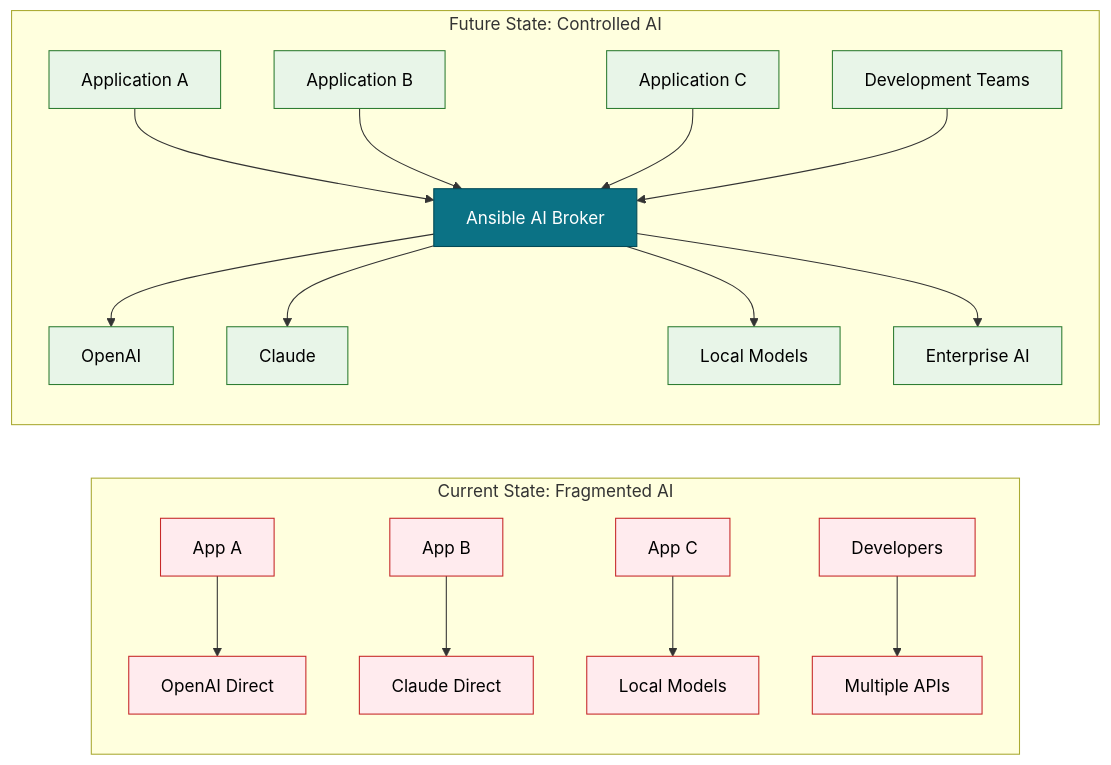
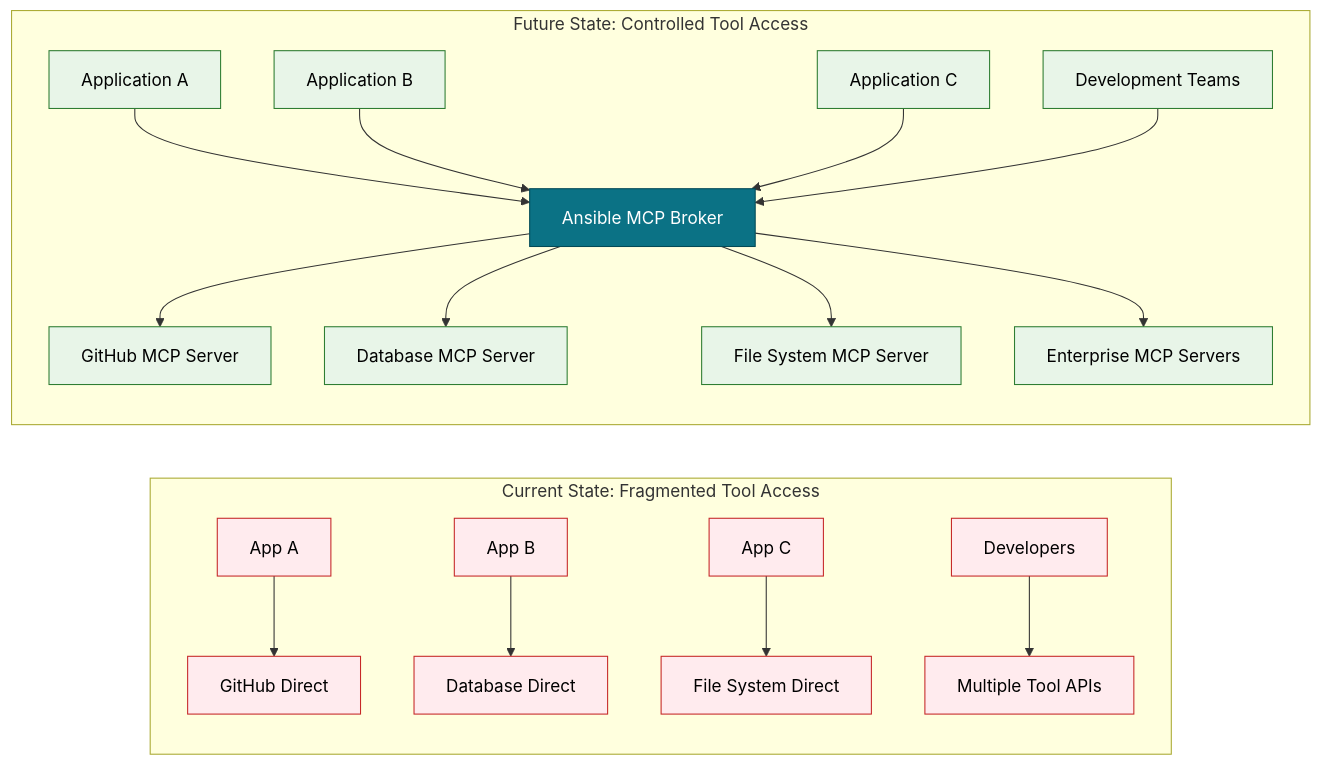
Before and after one commit to robbybrodie/AAPasAI: the second of 5 diagrams in AAP-AI-Strategy.md, drawn with Mermaid. The commit also changed other lines of this file, not shown here.

Commit message:
Align AAP-AI-Strategy.md with corrected MCP server concept
- Updated Strategic Capability #1 to focus on MCP Server Brokerage instead of AI Model Brokerage
- Changed diagram to show tool access (GitHub, Database, File System) instead of AI model access
- Fixed strategic outcomes to reflect MCP server tool usage rather than AI model usage
- Ensures consistency between readme.md and AAP-AI-Strategy.md on MCP broker positioning

````diff
--- a/AAP-AI-Strategy.md
+++ b/AAP-AI-Strategy.md
@@ -62,29 +62,29 @@
 ```mermaid
 flowchart LR
-    subgraph "Current State: Fragmented AI"
-        App1[App A] --> OpenAI1[OpenAI Direct]
-        App2[App B] --> Claude1[Claude Direct] 
-        App3[App C] --> Local1[Local Models]
-        Dev[Developers] --> Multiple[Multiple APIs]
+    subgraph "Current State: Fragmented Tool Access"
+        App1[App A] --> GitHub1[GitHub Direct]
+        App2[App B] --> DB1[Database Direct] 
+        App3[App C] --> File1[File System Direct]
+        Dev[Developers] --> Multiple[Multiple Tool APIs]
     end
     
-    subgraph "Future State: Controlled AI"
-        AppA[Application A] --> Broker[Ansible AI Broker]
+    subgraph "Future State: Controlled Tool Access"
+        AppA[Application A] --> Broker[Ansible MCP Broker]
         AppB[Application B] --> Broker
         AppC[Application C] --> Broker
         DevTeam[Development Teams] --> Broker
         
-        Broker --> OpenAI2[OpenAI]
-        Broker --> Claude2[Claude]
-        Broker --> Local2[Local Models]
-        Broker --> Enterprise[Enterprise AI]
+        Broker --> GitHub2[GitHub MCP Server]
+        Broker --> DB2[Database MCP Server]
+        Broker --> File2[File System MCP Server]
+        Broker --> Enterprise[Enterprise MCP Servers]
     end
     
     classDef current fill:#ffebee,stroke:#c62828,color:#000
     classDef future fill:#e8f5e8,stroke:#2e7d32,color:#000
     classDef broker fill:#0b7285,stroke:#034a57,color:#fff
     
-    class App1,App2,App3,Dev,OpenAI1,Claude1,Local1,Multiple current
-    class AppA,AppB,AppC,DevTeam,OpenAI2,Claude2,Local2,Enterprise future
+    class App1,App2,App3,Dev,GitHub1,DB1,File1,Multiple current
+    class AppA,AppB,AppC,DevTeam,GitHub2,DB2,File2,Enterprise future
     class Broker broker
 ```
````
